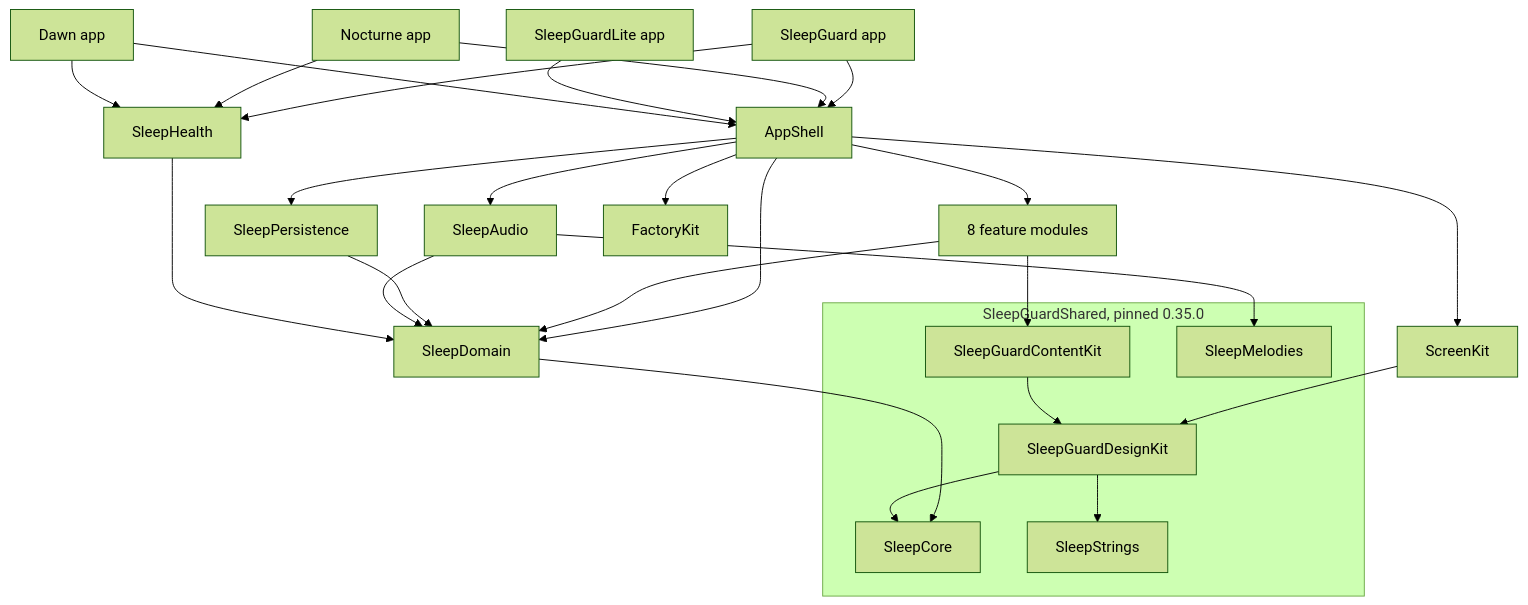
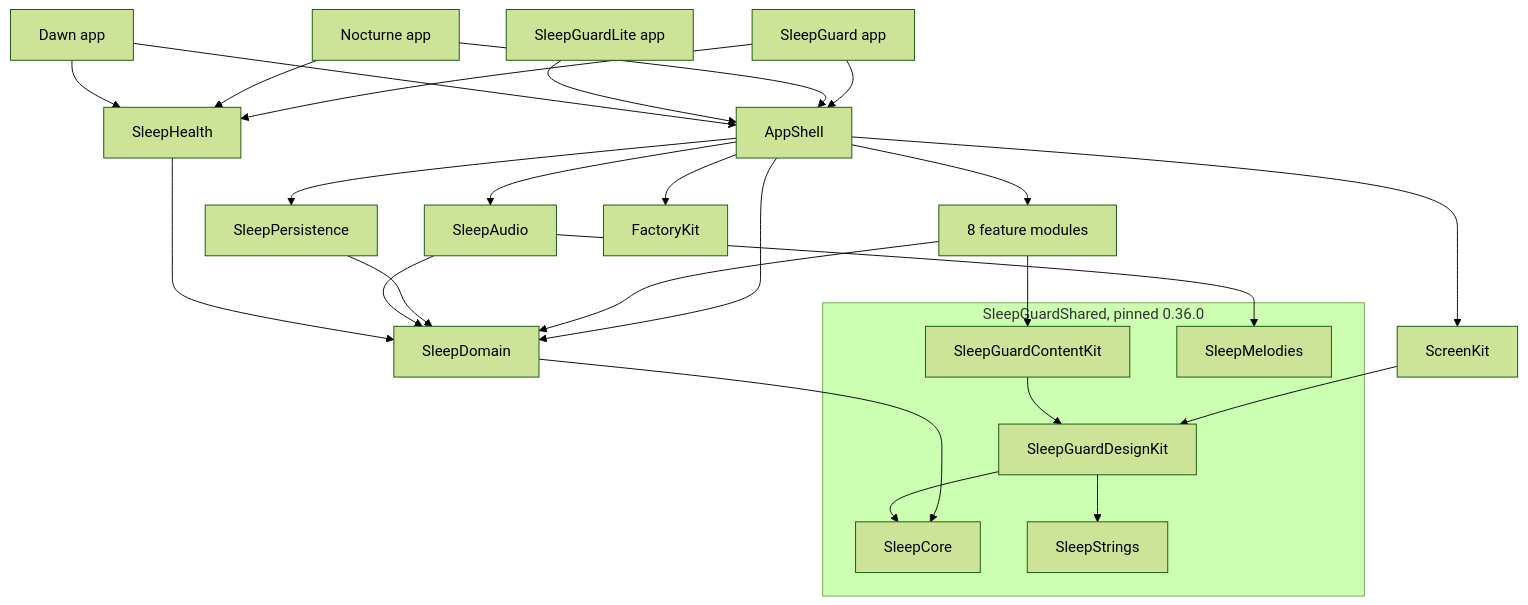
The diagram in docs/ARCHITECTURE.md (dardan0x/SleepGuardUIKitWay), drawn with Mermaid (forest theme) before and after one commit. The commit also changed other lines of this file and 22 other files, not shown here.

First line of the commit message:
F13-T20 — Uniform the apps, release C: one SwiftData schema

````diff
--- a/docs/ARCHITECTURE.md
+++ b/docs/ARCHITECTURE.md
@@ -20,37 +20,37 @@
 ```mermaid
 graph TD
   SG[SleepGuard app] --> AppShell
   NO[Nocturne app] --> AppShell
   LI[SleepGuardLite app] --> AppShell
   DA[Dawn app] --> AppShell
   SG --> SleepHealth
   NO --> SleepHealth
   DA --> SleepHealth
 
   AppShell --> Features[8 feature modules]
   AppShell --> ScreenKit
   AppShell --> SleepPersistence
   AppShell --> SleepAudio
   AppShell --> SleepDomain
   AppShell --> FactoryKit
 
   Features --> SleepDomain
   Features --> ContentKit[SleepGuardContentKit]
   SleepPersistence --> SleepDomain
   SleepAudio --> SleepDomain
   SleepAudio --> SleepMelodies
   SleepHealth --> SleepDomain
   ScreenKit --> DesignKit[SleepGuardDesignKit]
   SleepDomain --> SleepCore
   ContentKit --> DesignKit
   DesignKit --> SleepStrings
   DesignKit --> SleepCore
 
-  subgraph Shared["SleepGuardShared, pinned 0.35.0"]
+  subgraph Shared["SleepGuardShared, pinned 0.36.0"]
     SleepCore
     SleepStrings
     SleepMelodies
     DesignKit
     ContentKit
   end
 ```
````
